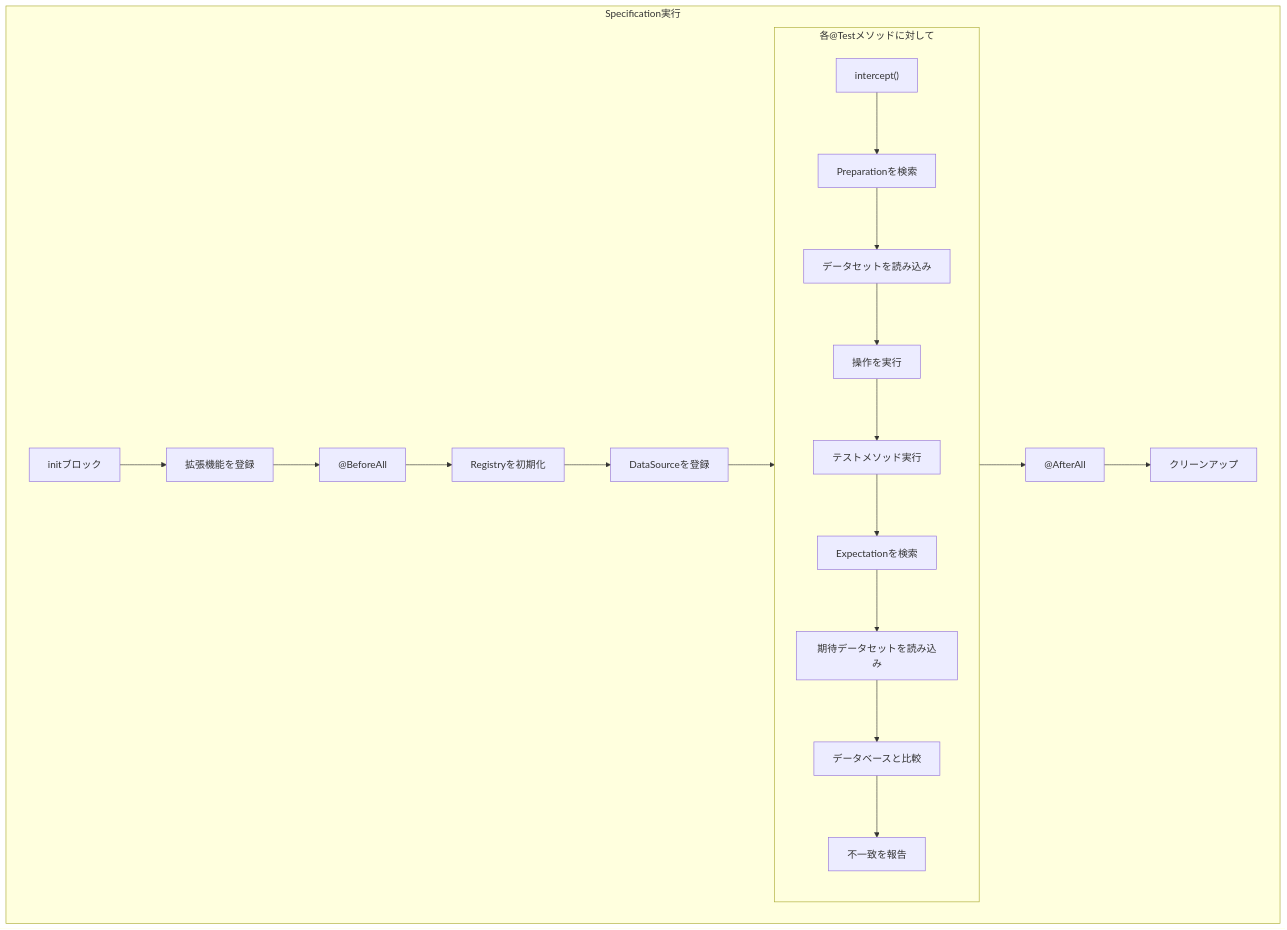
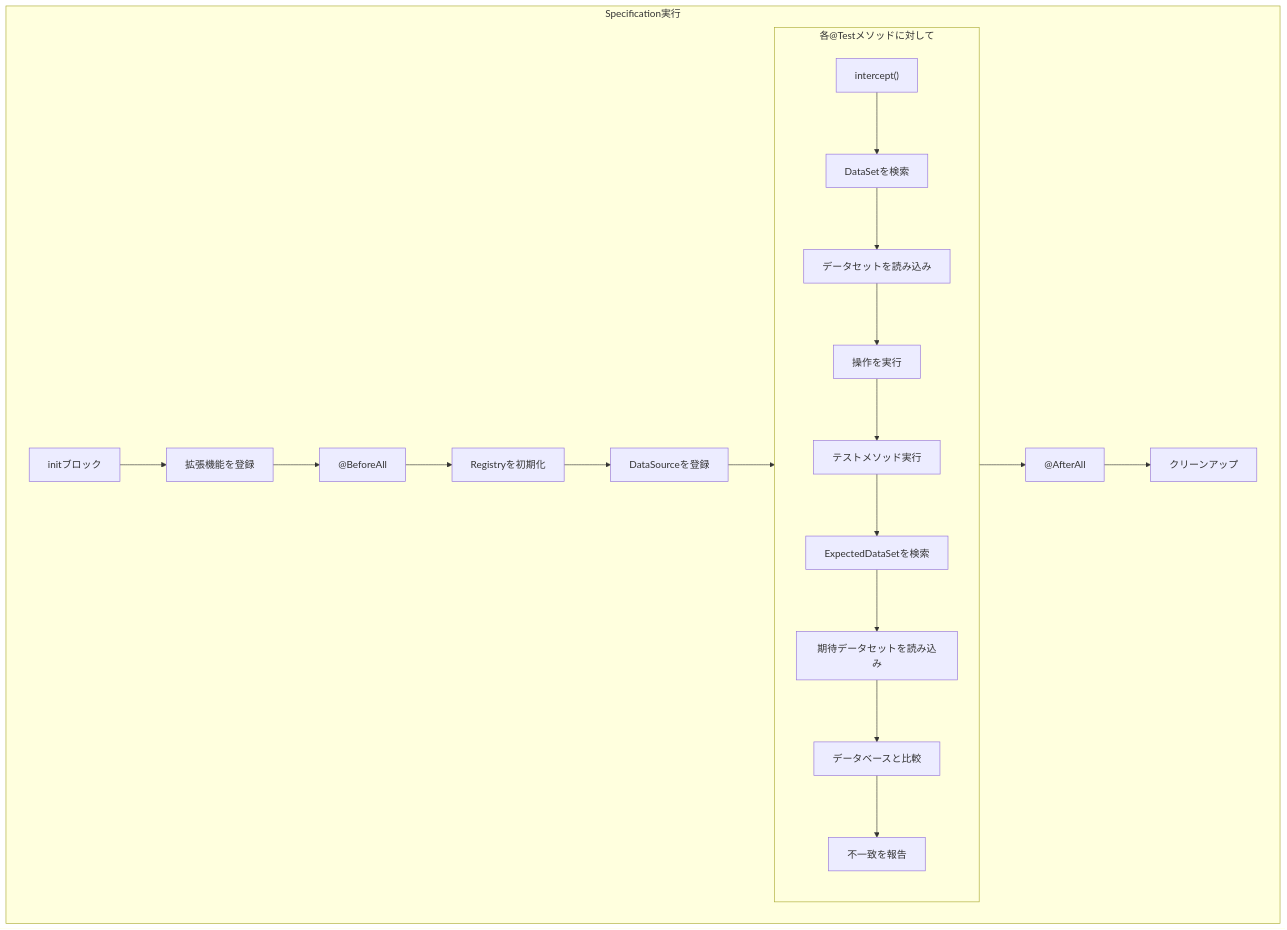
Before and after one commit to dkazi/db-tester: the third of 3 diagrams in docs/specs/ja/07-test-frameworks.md, drawn with Mermaid. The commit also changed other lines of this file and 198 other files, not shown here.

````diff
--- a/docs/specs/ja/07-test-frameworks.md
+++ b/docs/specs/ja/07-test-frameworks.md
@@ -554,28 +554,28 @@
 ```mermaid
 flowchart TD
     subgraph Specification実行
         INIT["initブロック"]
         INIT --> INIT1[拡張機能を登録]
 
         BA["@BeforeAll"]
         BA --> BA1[Registryを初期化]
         BA1 --> BA2[DataSourceを登録]
 
         subgraph each["各@Testメソッドに対して"]
             INT["intercept()"]
-            INT --> INT1["Preparationを検索"]
+            INT --> INT1["DataSetを検索"]
             INT1 --> INT2[データセットを読み込み]
             INT2 --> INT3[操作を実行]
             INT3 --> TM[テストメソッド実行]
-            TM --> INT4["Expectationを検索"]
+            TM --> INT4["ExpectedDataSetを検索"]
             INT4 --> INT5[期待データセットを読み込み]
             INT5 --> INT6[データベースと比較]
             INT6 --> INT7[不一致を報告]
         end
 
         INIT1 --> BA
         BA2 --> each
         each --> AA["@AfterAll"]
         AA --> AA1[クリーンアップ]
     end
 ```
````
